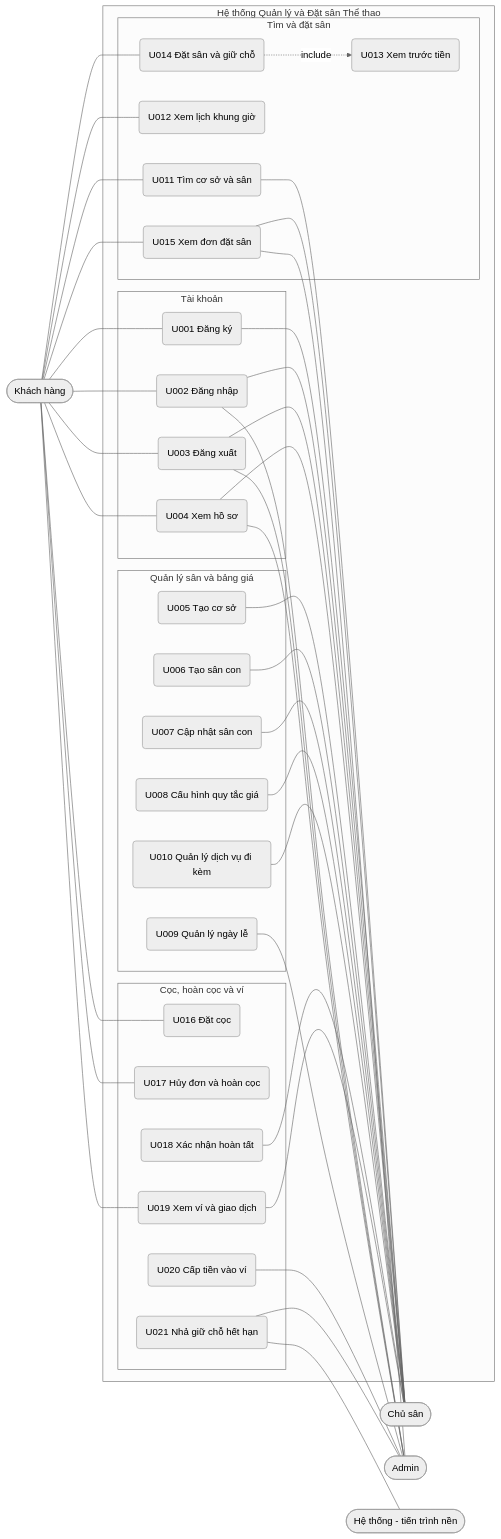
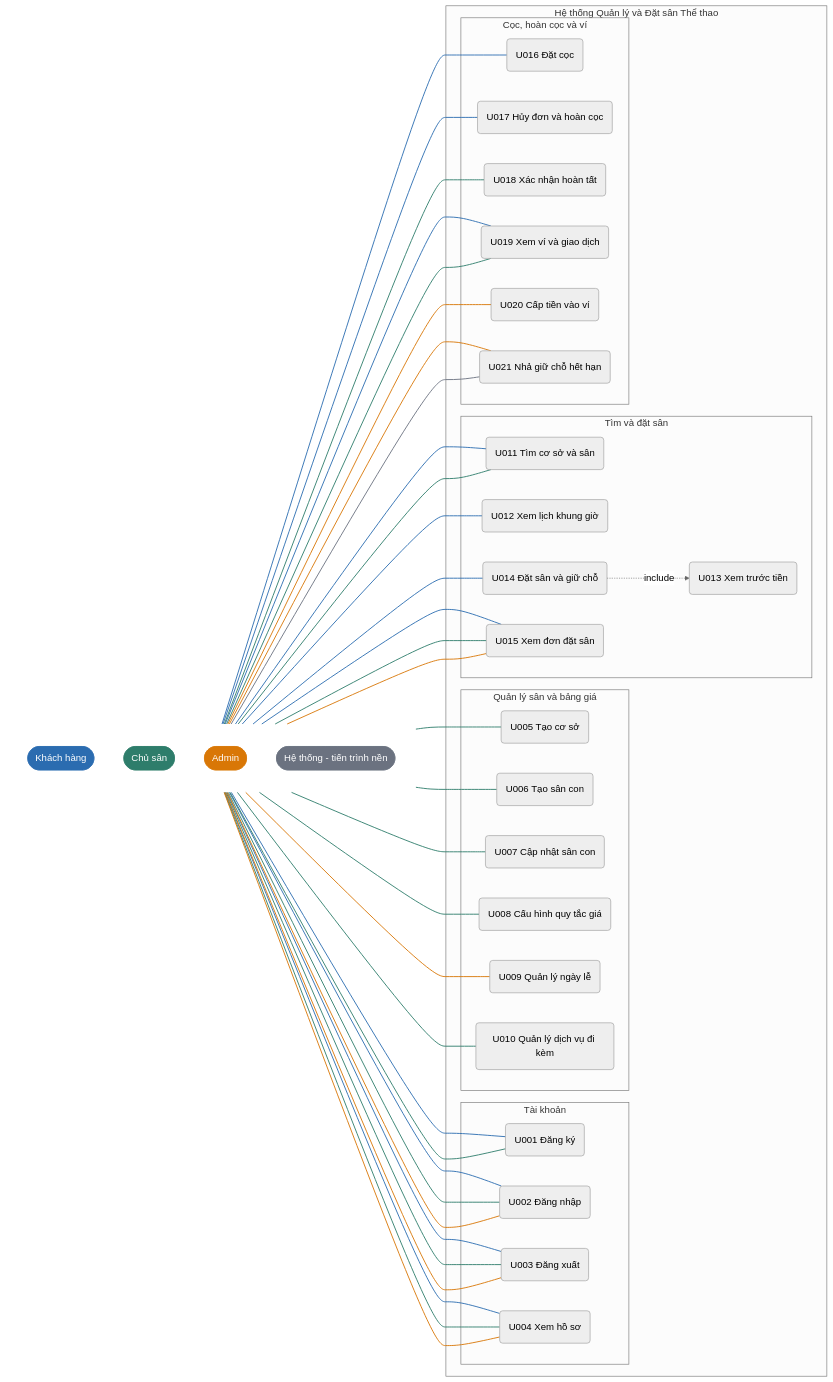
Before and after one commit to HauBaka/sports-court-booking: the diagram in docs/analysis-report.md, drawn with Mermaid (neutral theme). The commit also changed other lines of this file and 1 other file, not shown here.

Commit message:
docs(docs): sửa sơ đồ use case và bỏ ghi chú thừa trong báo cáo phân tích [SCB-125]

````diff
--- a/docs/analysis-report.md
+++ b/docs/analysis-report.md
@@ -221,43 +221,56 @@
 ```mermaid
+
 flowchart LR
-  KH([Khách hàng])
-  CS([Chủ sân])
-  AD([Admin])
-  HT([Hệ thống - tiến trình nền])
+  subgraph LEFT[ ]
+    direction TB
+    KH([Khách hàng])
+    CS([Chủ sân])
+    AD([Admin])
+    HT([Hệ thống - tiến trình nền])
+  end
+  style LEFT fill:none,stroke:none
   subgraph SYS[Hệ thống Quản lý và Đặt sân Thể thao]
     subgraph G1[Tài khoản]
       U001(U001 Đăng ký)
       U002(U002 Đăng nhập)
       U003(U003 Đăng xuất)
       U004(U004 Xem hồ sơ)
     end
     subgraph G2[Quản lý sân và bảng giá]
       U005(U005 Tạo cơ sở)
       U006(U006 Tạo sân con)
       U007(U007 Cập nhật sân con)
       U008(U008 Cấu hình quy tắc giá)
       U009(U009 Quản lý ngày lễ)
       U010(U010 Quản lý dịch vụ đi kèm)
     end
     subgraph G3[Tìm và đặt sân]
       U011(U011 Tìm cơ sở và sân)
       U012(U012 Xem lịch khung giờ)
       U013(U013 Xem trước tiền)
       U014(U014 Đặt sân và giữ chỗ)
       U015(U015 Xem đơn đặt sân)
     end
     subgraph G4[Cọc, hoàn cọc và ví]
       U016(U016 Đặt cọc)
       U017(U017 Hủy đơn và hoàn cọc)
       U018(U018 Xác nhận hoàn tất)
       U019(U019 Xem ví và giao dịch)
       U020(U020 Cấp tiền vào ví)
       U021(U021 Nhả giữ chỗ hết hạn)
     end
   end
   KH --- U001 & U002 & U003 & U004 & U011 & U012 & U014 & U015 & U016 & U017 & U019
-  U001 & U002 & U003 & U004 & U005 & U006 & U007 & U008 & U010 & U011 & U015 & U018 & U019 --- CS
-  U002 & U003 & U004 & U009 & U015 & U020 & U021 --- AD
-  U021 --- HT
+  CS --- U001 & U002 & U003 & U004 & U005 & U006 & U007 & U008 & U010 & U011 & U015 & U018 & U019
+  AD --- U002 & U003 & U004 & U009 & U015 & U020 & U021
+  HT --- U021
   U014 -. include .-> U013
+  style KH fill:#2b6cb0,stroke:#2b6cb0,color:#fff
+  linkStyle 0,1,2,3,4,5,6,7,8,9,10 stroke:#2b6cb0,stroke-width:1.5px
+  style CS fill:#2e7d6b,stroke:#2e7d6b,color:#fff
+  linkStyle 11,12,13,14,15,16,17,18,19,20,21,22,23 stroke:#2e7d6b,stroke-width:1.5px
+  style AD fill:#d97706,stroke:#d97706,color:#fff
+  linkStyle 24,25,26,27,28,29,30 stroke:#d97706,stroke-width:1.5px
+  style HT fill:#6b7280,stroke:#6b7280,color:#fff
+  linkStyle 31 stroke:#6b7280,stroke-width:1.5px
 ```
````
